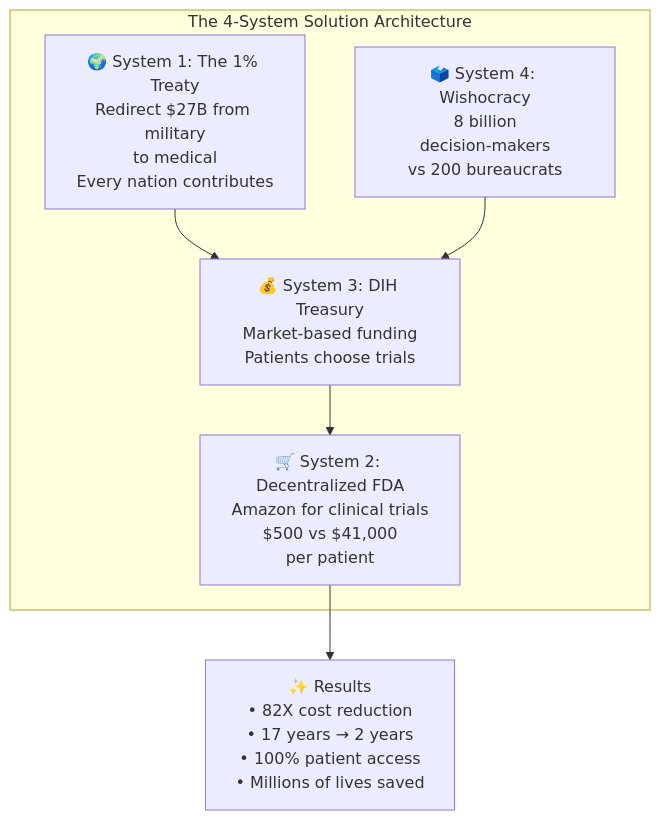
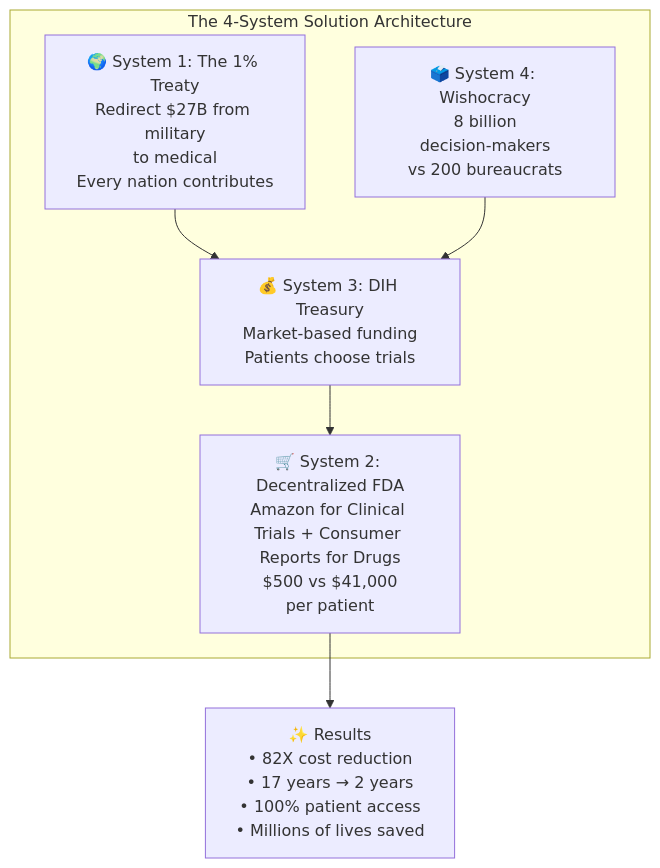
The third of 6 diagrams in index.qmd (mikepsinn/disease-eradication-plan), drawn with Mermaid before and after one commit. The commit also changed other lines of this file and 5 other files, not shown here.

Commit message:
Update references to the dFDA across multiple files to include "Consumer Reports for Drugs," enhancing clarity and consistency in the description of the platform's functionality.

````diff
--- a/index.qmd
+++ b/index.qmd
@@ -265,17 +265,17 @@
 ```{mermaid}
 flowchart TB
     subgraph "The 4-System Solution Architecture"
         Treaty["🌍 System 1: The 1% Treaty<br/>Redirect $27B from military<br/>to medical<br/>Every nation contributes"]
 
-        dFDA["🛒 System 2: Decentralized FDA<br/>Amazon for clinical trials<br/>$500 vs $41,000<br/>per patient"]
+        dFDA["🛒 System 2: Decentralized FDA<br/>Amazon for Clinical Trials + Consumer Reports for Drugs<br/>$500 vs $41,000<br/>per patient"]
 
         DIH["💰 System 3: DIH Treasury<br/>Market-based funding<br/>Patients choose trials"]
 
         Wish["🗳️ System 4: Wishocracy<br/>8 billion<br/>decision-makers<br/>vs 200 bureaucrats"]
     end
 
     Treaty --> DIH
     DIH --> dFDA
     Wish --> DIH
     dFDA --> Results["✨ Results<br/>• 82X cost reduction<br/>• 17 years → 2 years<br/>• 100% patient access<br/>• Millions of lives saved"]
 ```
````
